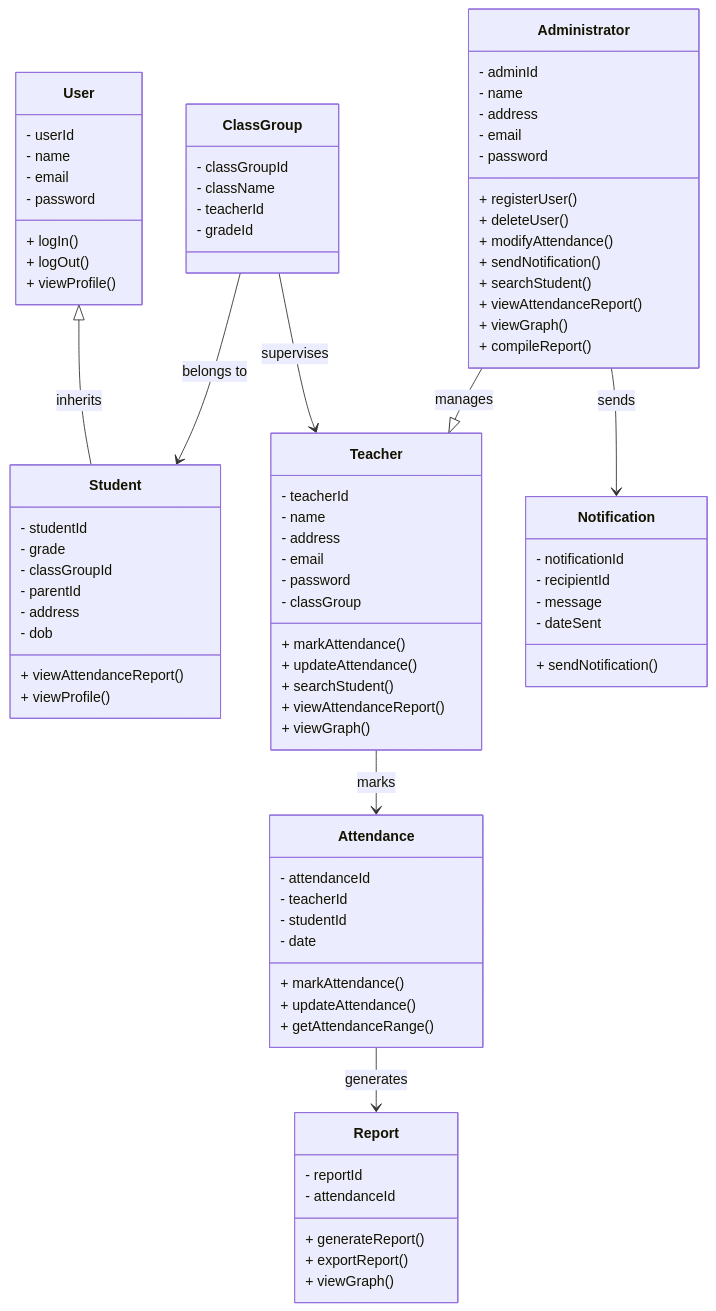
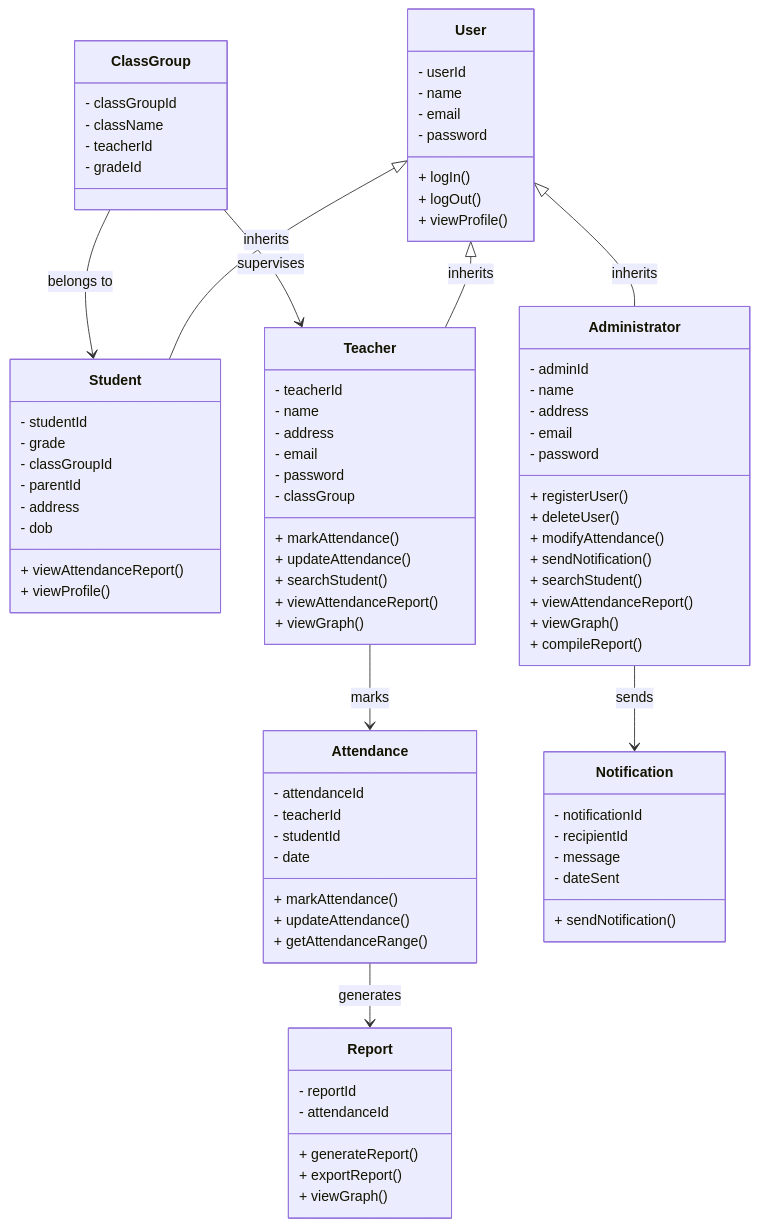
Before and after one commit to Dimitri-Ferus-216058570/ElectronicAttendanceSystem: the diagram in DOMAIN MODEL DOCS/DOMAIN MODEL DOCUMENTATION.MD, drawn with Mermaid.

Commit message:
Update DOMAIN MODEL DOCUMENTATION.MD

```diff
--- a/DOMAIN MODEL DOCS/DOMAIN MODEL DOCUMENTATION.MD
+++ b/DOMAIN MODEL DOCS/DOMAIN MODEL DOCUMENTATION.MD
@@ -98,7 +98,8 @@
     }
 
     User <|-- Student : inherits
-    Administrator --|> Teacher : manages
+    User <|--  Administrator : inherits
+    User <|-- Teacher : inherits
     Teacher --> Attendance : marks
     Attendance --> Report : generates
     Administrator --> Notification : sends
```
